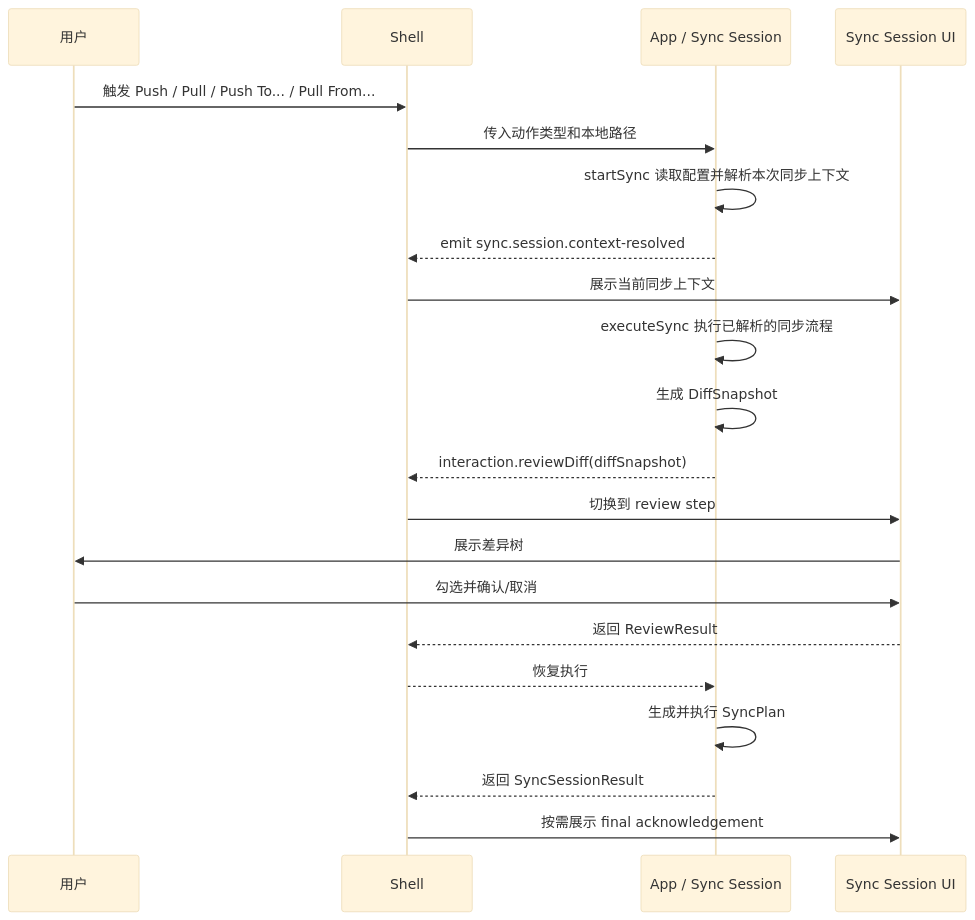
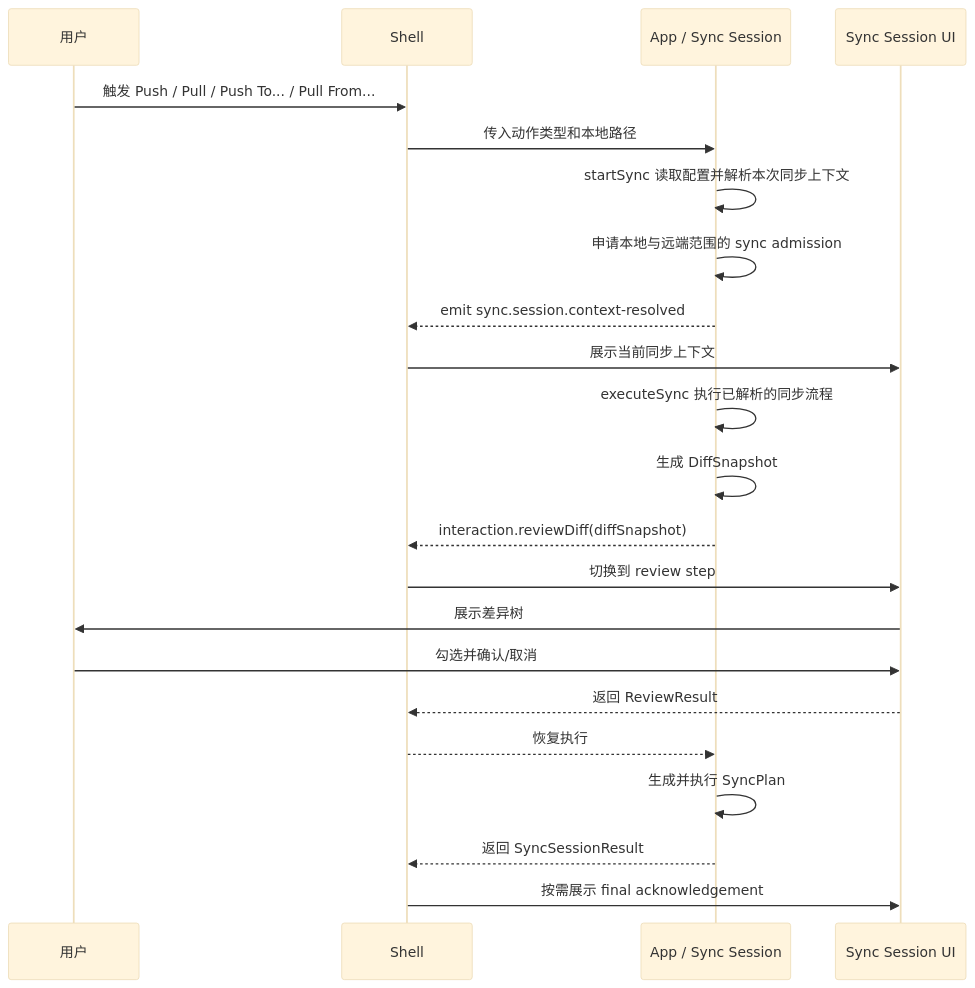
Before and after one commit to agalloch21/sync-with-rclone: the first of 15 diagrams in docs/Flows.md, drawn with Mermaid (base theme). The commit also changed other lines of this file and 13 other files, not shown here.

````diff
--- a/docs/Flows.md
+++ b/docs/Flows.md
@@ -5,24 +5,25 @@
 ```mermaid
 sequenceDiagram
   participant U as 用户
   participant S as Shell
   participant A as App / Sync Session
   participant W as Sync Session UI
 
   U->>S: 触发 Push / Pull / Push To... / Pull From...
   S->>A: 传入动作类型和本地路径
   A->>A: startSync 读取配置并解析本次同步上下文
+  A->>A: 申请本地与远端范围的 sync admission
   A-->>S: emit sync.session.context-resolved
   S->>W: 展示当前同步上下文
   A->>A: executeSync 执行已解析的同步流程
   A->>A: 生成 DiffSnapshot
   A-->>S: interaction.reviewDiff(diffSnapshot)
   S->>W: 切换到 review step
   W->>U: 展示差异树
   U->>W: 勾选并确认/取消
   W-->>S: 返回 ReviewResult
   S-->>A: 恢复执行
   A->>A: 生成并执行 SyncPlan
   A-->>S: 返回 SyncSessionResult
   S->>W: 按需展示 final acknowledgement
 ```
````
